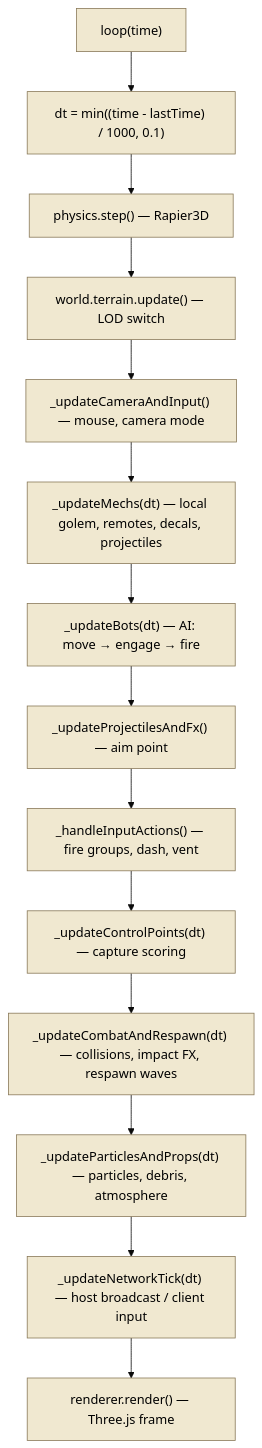
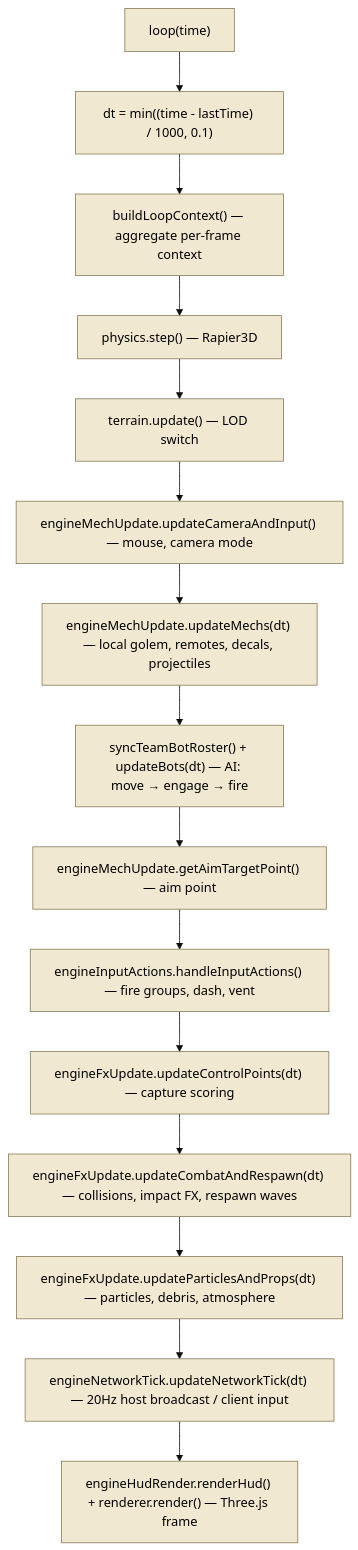
The third of 6 diagrams in docs/architecture.md (Llayon/gGolems), drawn with Mermaid (base theme) before and after one commit. The commit also changed other lines of this file and 4 other files, not shown here.

First line of the commit message:
chore(tools): add file size limit test and update architecture docs

````diff
--- a/docs/architecture.md
+++ b/docs/architecture.md
@@ -182,19 +259,20 @@
 ```mermaid
 graph TD
     Loop["loop(time)"] --> dt["dt = min((time - lastTime) / 1000, 0.1)"]
-    dt --> Physics["physics.step() — Rapier3D"]
-    Physics --> TerrainUpdate["world.terrain.update() — LOD switch"]
-    TerrainUpdate --> Camera["_updateCameraAndInput() — mouse, camera mode"]
-    Camera --> Mechs["_updateMechs(dt) — local golem, remotes, decals, projectiles"]
-    Mechs --> Bots["_updateBots(dt) — AI: move → engage → fire"]
-    Bots --> ProjFx["_updateProjectilesAndFx() — aim point"]
-    ProjFx --> Input["_handleInputActions() — fire groups, dash, vent"]
-    Input --> CP["_updateControlPoints(dt) — capture scoring"]
-    CP --> Combat["_updateCombatAndRespawn(dt) — collisions, impact FX, respawn waves"]
-    Combat --> Particles["_updateParticlesAndProps(dt) — particles, debris, atmosphere"]
-    Particles --> NetTick["_updateNetworkTick(dt) — host broadcast / client input"]
-    NetTick --> Render["renderer.render() — Three.js frame"]
+    dt --> BuildCtx["buildLoopContext() — aggregate per-frame context"]
+    BuildCtx --> Physics["physics.step() — Rapier3D"]
+    Physics --> TerrainUpdate["terrain.update() — LOD switch"]
+    TerrainUpdate --> Camera["engineMechUpdate.updateCameraAndInput() — mouse, camera mode"]
+    Camera --> Mechs["engineMechUpdate.updateMechs(dt) — local golem, remotes, decals, projectiles"]
+    Mechs --> Bots["syncTeamBotRoster() + updateBots(dt) — AI: move → engage → fire"]
+    Bots --> ProjFx["engineMechUpdate.getAimTargetPoint() — aim point"]
+    ProjFx --> Input["engineInputActions.handleInputActions() — fire groups, dash, vent"]
+    Input --> CP["engineFxUpdate.updateControlPoints(dt) — capture scoring"]
+    CP --> Combat["engineFxUpdate.updateCombatAndRespawn(dt) — collisions, impact FX, respawn waves"]
+    Combat --> Particles["engineFxUpdate.updateParticlesAndProps(dt) — particles, debris, atmosphere"]
+    Particles --> NetTick["engineNetworkTick.updateNetworkTick(dt) — 20Hz host broadcast / client input"]
+    NetTick --> Render["engineHudRender.renderHud() + renderer.render() — Three.js frame"]
 
     classDef step fill:#f0e8d0,stroke:#8a7a5a,color:#000
-    class Loop,dt,Physics,TerrainUpdate,Camera,Mechs,Bots,ProjFx,Input,CP,Combat,Particles,NetTick,Render step
+    class Loop,dt,BuildCtx,Physics,TerrainUpdate,Camera,Mechs,Bots,ProjFx,Input,CP,Combat,Particles,NetTick,Render step
 ```
````
